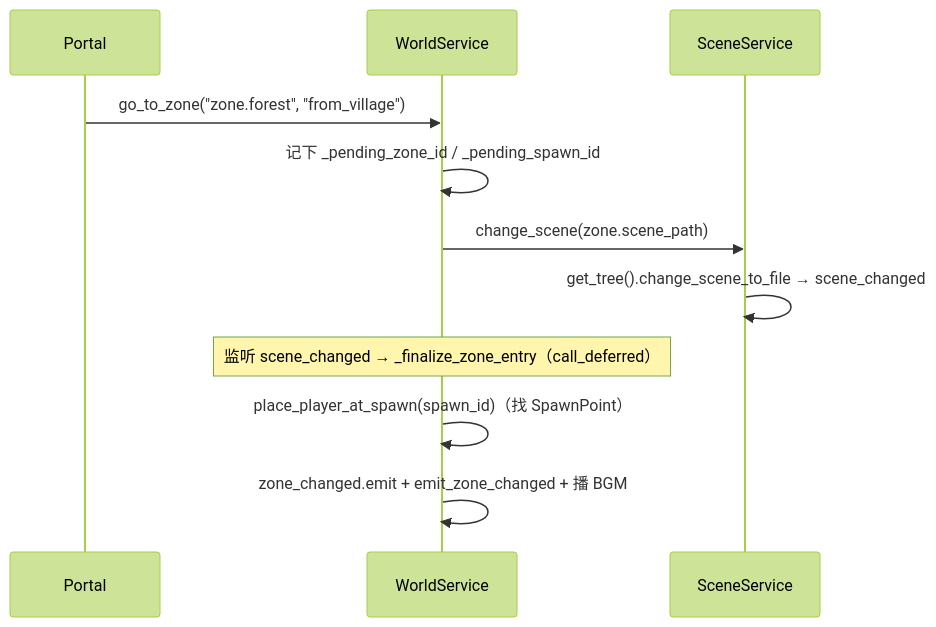
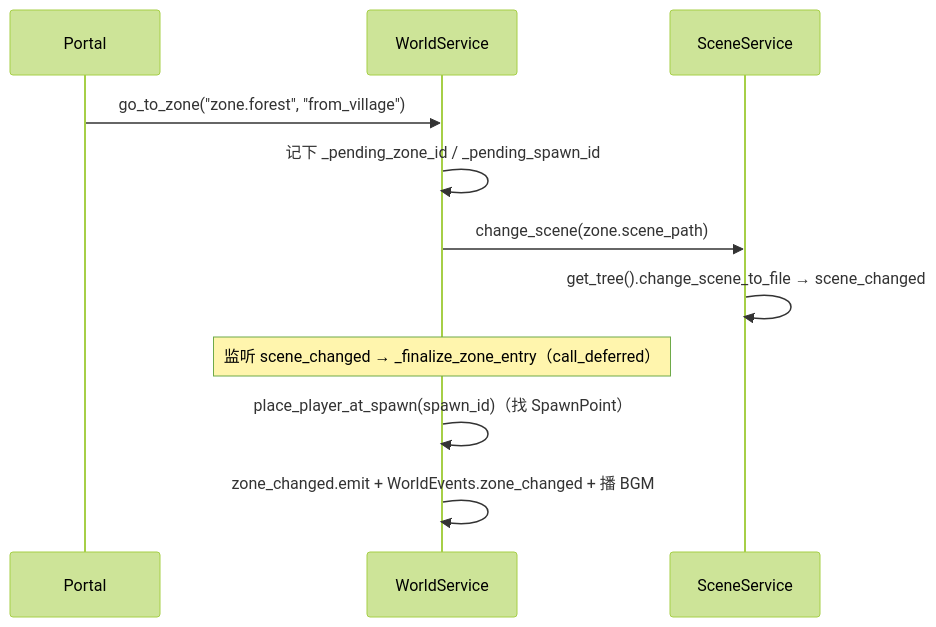
One commit to xiaofeiqiu/mkit changed diagram 20 of 20 in docs/pipeline.md. Above: the diagram before and after it, drawn with Mermaid (forest theme). The commit also changed other lines of this file and 116 other files, not shown here.

````diff
--- a/docs/pipeline.md
+++ b/docs/pipeline.md
@@ -1119,14 +1129,14 @@
 ```mermaid
 sequenceDiagram
     participant P as Portal
     participant WS as WorldService
     participant SC as SceneService
 
     P->>WS: go_to_zone("zone.forest", "from_village")
     WS->>WS: 记下 _pending_zone_id / _pending_spawn_id
     WS->>SC: change_scene(zone.scene_path)
     SC->>SC: get_tree().change_scene_to_file → scene_changed
     Note over WS: 监听 scene_changed → _finalize_zone_entry（call_deferred）
     WS->>WS: place_player_at_spawn(spawn_id)（找 SpawnPoint）
-    WS->>WS: zone_changed.emit + emit_zone_changed + 播 BGM
+    WS->>WS: zone_changed.emit + WorldEvents.zone_changed + 播 BGM
 ```
````
